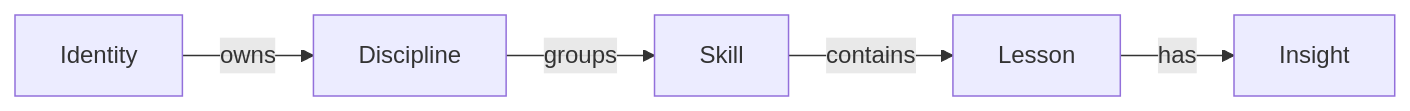
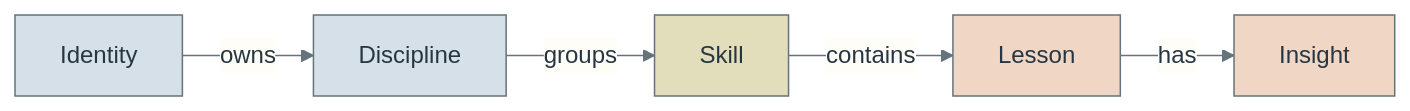
The first of 2 diagrams in docs/architecture.md (astrivant/identity), drawn with Mermaid before and after one commit. The commit also changed other lines of this file and 14 other files, not shown here.

Commit message:
Align architecture diagram colors with the Identity logo

````diff
--- a/docs/architecture.md
+++ b/docs/architecture.md
@@ -14,12 +26,35 @@
 ```mermaid
+---
+config:
+  theme: base
+  look: classic
+  themeVariables:
+    background: '#fffdf8'
+    primaryColor: '#d6e0e9'
+    primaryTextColor: '#263642'
+    primaryBorderColor: '#65737b'
+    secondaryColor: '#efd6c5'
+    tertiaryColor: '#f5f1e7'
+    tertiaryTextColor: '#263642'
+    tertiaryBorderColor: '#8b846d'
+    lineColor: '#65737b'
+    textColor: '#263642'
+    clusterBkg: '#f5f1e7'
+    clusterBorder: '#8b846d'
+    edgeLabelBackground: '#fffdf8'
+---
 flowchart LR
     identity["Identity"]
     discipline["Discipline"]
     skill["Skill"]
     lesson["Lesson"]
     insight["Insight"]
     identity -->|owns| discipline
     discipline -->|groups| skill
     skill -->|contains| lesson
     lesson -->|has| insight
+    classDef olive fill:#e2ddba,stroke:#65737b,color:#263642
+    class skill olive
+    classDef copper fill:#efd6c5,stroke:#65737b,color:#263642
+    class lesson,insight copper
 ```
````
